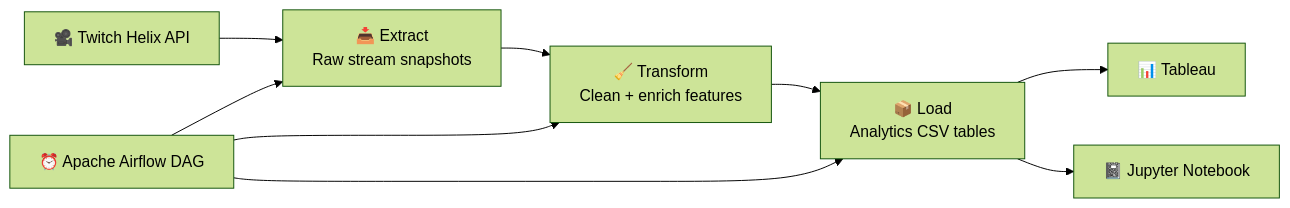
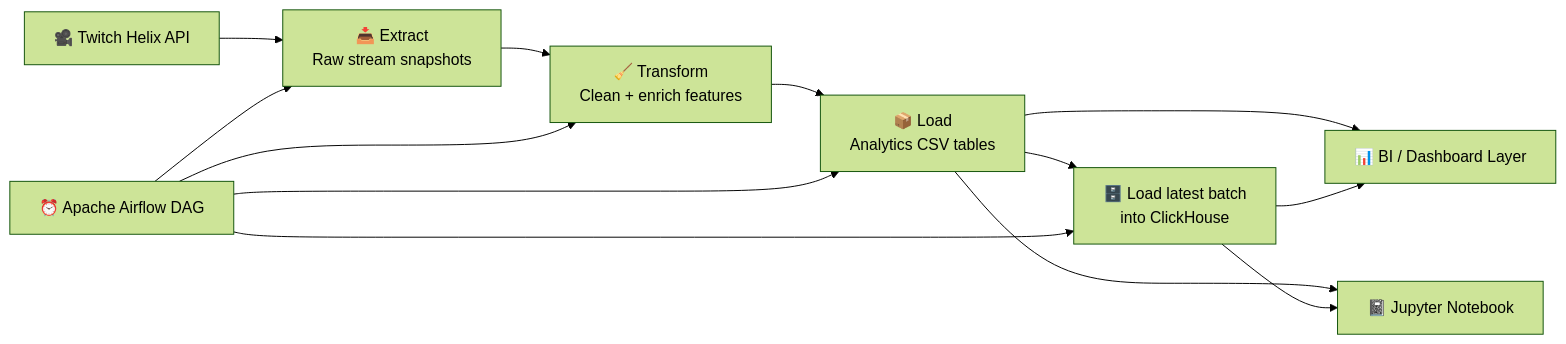
Before and after one commit to magewade/twitch-project: the diagram in README.md, drawn with Mermaid (forest theme). The commit also changed other lines of this file and 5 other files, not shown here.

````diff
--- a/README.md
+++ b/README.md
@@ -41,11 +41,15 @@
 ```mermaid
 flowchart LR
     A[🎥 Twitch Helix API] --> B[📥 Extract\nRaw stream snapshots]
     B --> C[🧹 Transform\nClean + enrich features]
-    C --> D[📦 Load\nAnalytics CSV tables]
-    D --> E[📊 Tableau]
-    D --> F[📓 Jupyter Notebook]
-    G[⏰ Apache Airflow DAG] --> B
-    G --> C
-    G --> D
+  C --> D[📦 Load\nAnalytics CSV tables]
+  D --> E[🗄️ Load latest batch\ninto ClickHouse]
+  D --> F[📊 BI / Dashboard Layer]
+  D --> H[📓 Jupyter Notebook]
+  E --> F
+  E --> H
+  G[⏰ Apache Airflow DAG] --> B
+  G --> C
+  G --> D
+  G --> E
 ```
````
